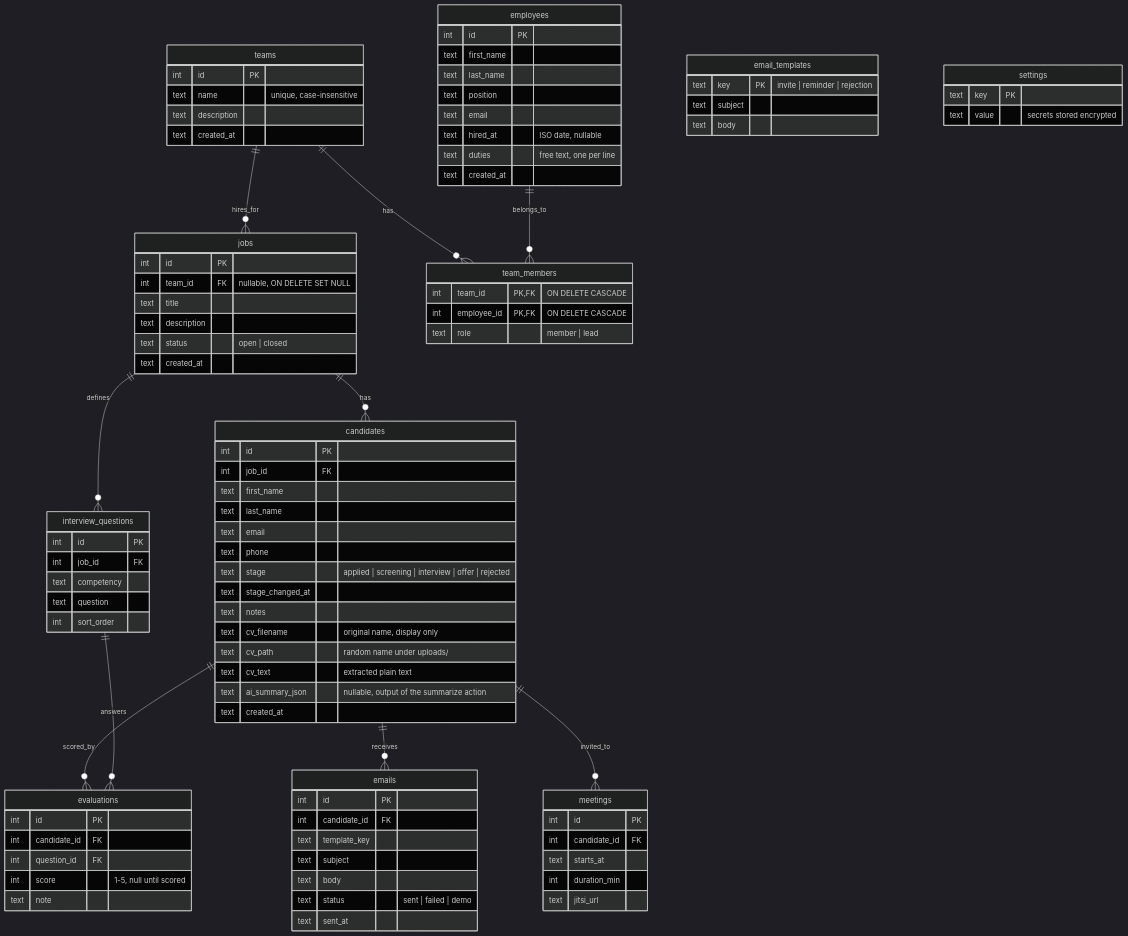
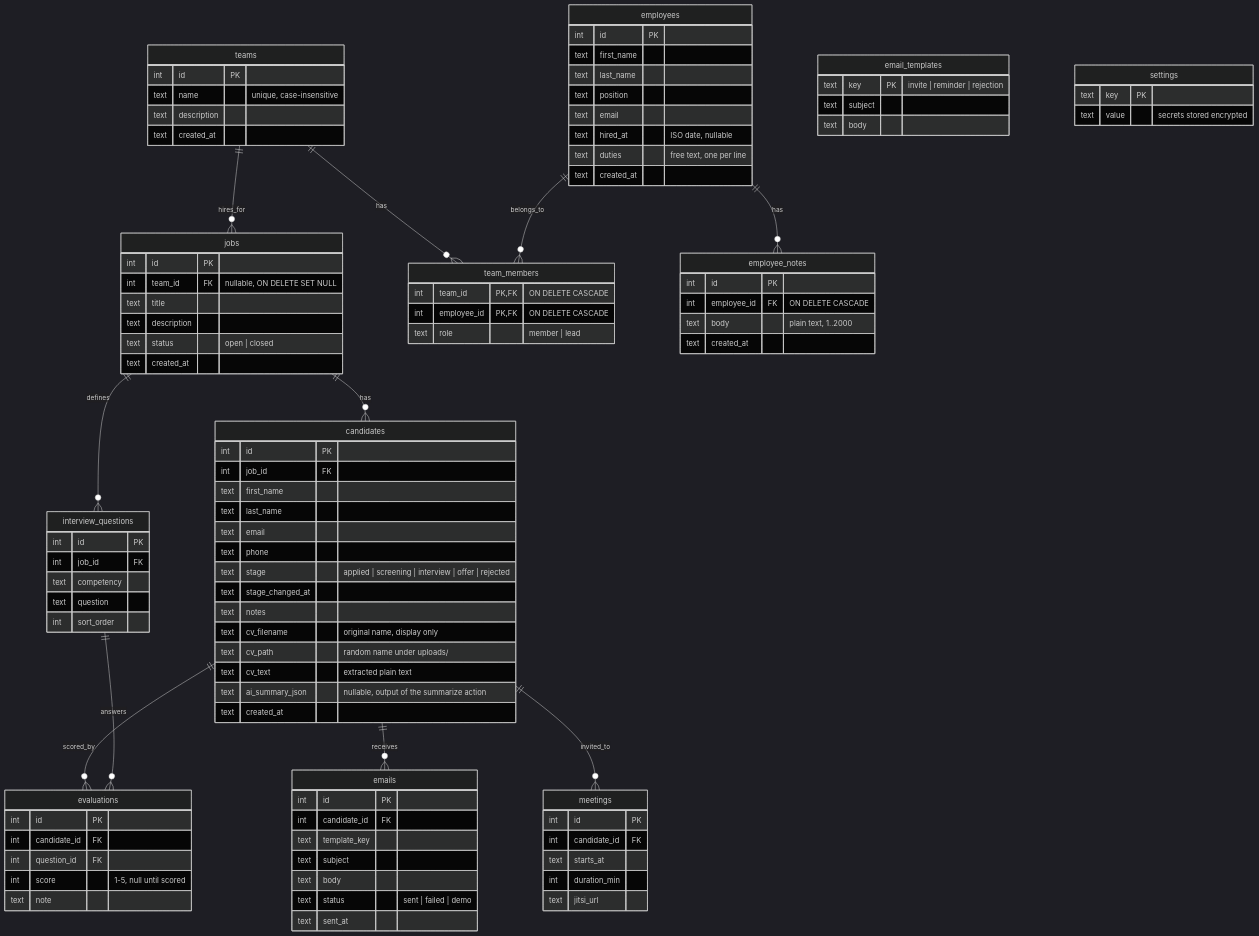
The second of 4 diagrams in docs/ARCHITECTURE.md (pawelrozanski/HRmit), drawn with Mermaid (dark theme) before and after one commit. The commit also changed other lines of this file and 5 other files, not shown here.

```diff
--- a/docs/ARCHITECTURE.md
+++ b/docs/ARCHITECTURE.md
@@ -76,6 +76,7 @@
   teams ||--o{ jobs : hires_for
   teams ||--o{ team_members : has
   employees ||--o{ team_members : belongs_to
+  employees ||--o{ employee_notes : has
   jobs ||--o{ candidates : has
   jobs ||--o{ interview_questions : defines
   candidates ||--o{ evaluations : scored_by
@@ -111,6 +112,12 @@
     int team_id PK,FK "ON DELETE CASCADE"
     int employee_id PK,FK "ON DELETE CASCADE"
     text role "member | lead"
+  }
+  employee_notes {
+    int id PK
+    int employee_id FK "ON DELETE CASCADE"
+    text body "plain text, 1..2000"
+    text created_at
   }
   candidates {
     int id PK
```
